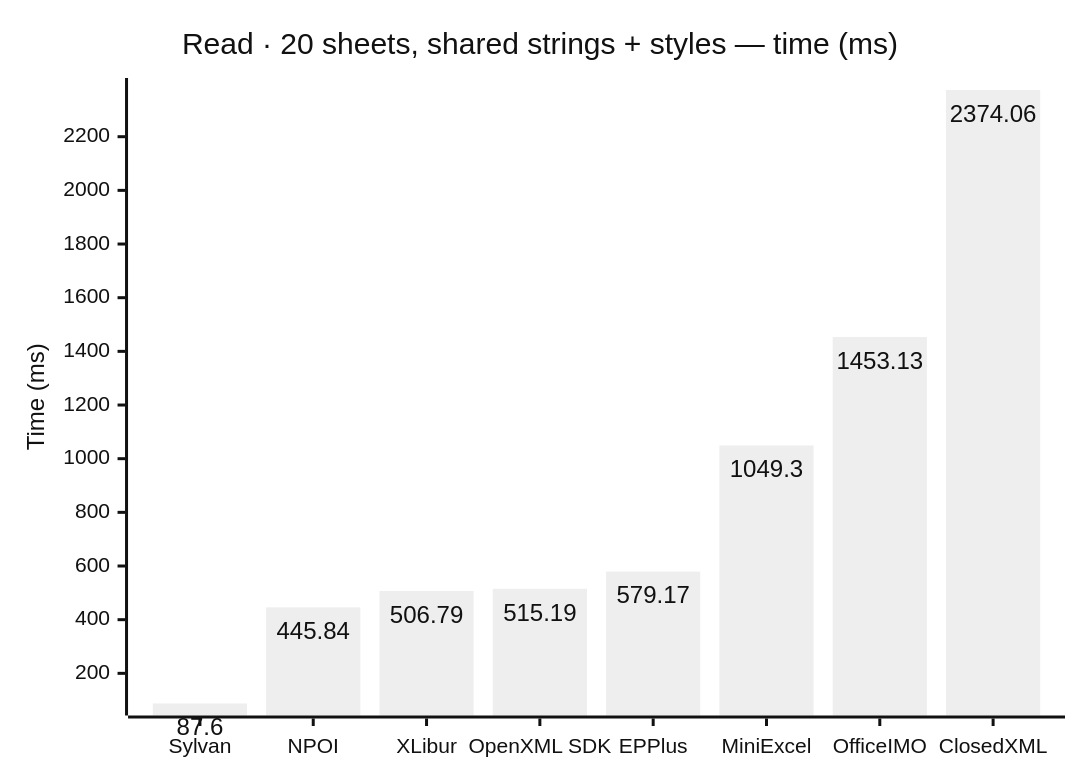
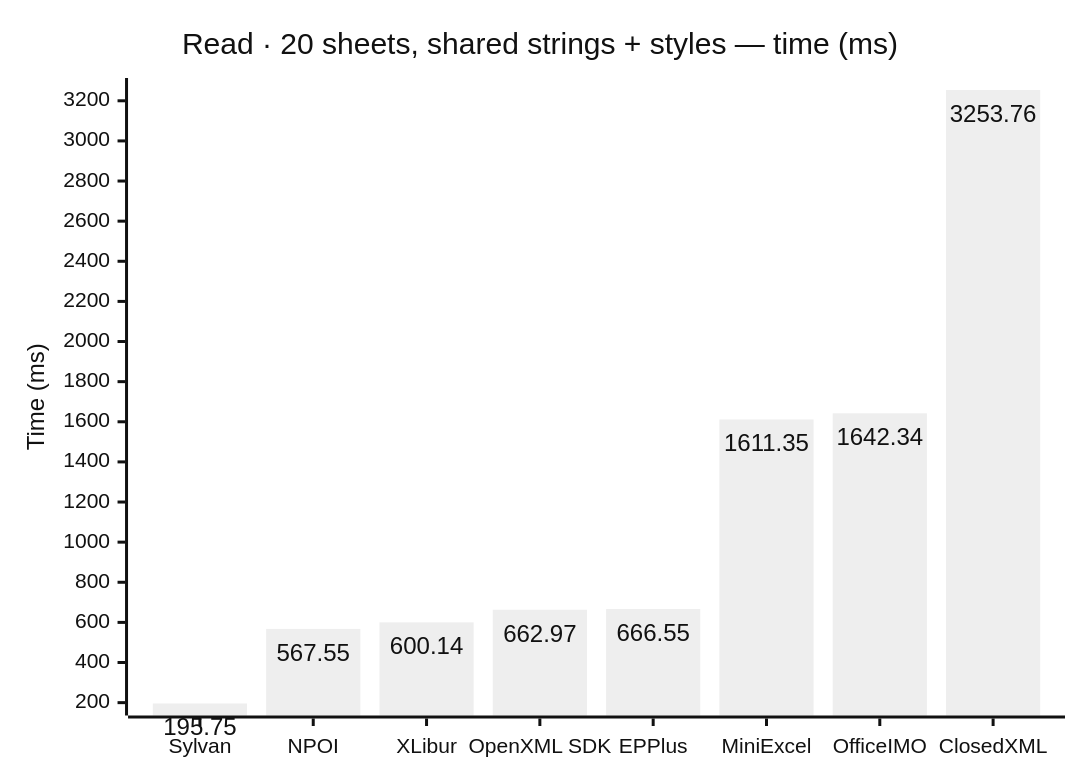
Before and after one commit to jafin/XLBench: the fifth of 18 diagrams in docs/results-ci.md, drawn with Mermaid (neutral theme). The commit also changed other lines of this file, not shown here.

````diff
--- a/docs/results-ci.md
+++ b/docs/results-ci.md
@@ -95,12 +95,12 @@
 ```mermaid
 ---
 config:
   xyChart:
     showDataLabel: true
 ---
 xychart-beta
     title "Read · 20 sheets, shared strings + styles — time (ms)"
     x-axis ["Sylvan", "NPOI", "XLibur", "OpenXML SDK", "EPPlus", "MiniExcel", "OfficeIMO", "ClosedXML"]
     y-axis "Time (ms)"
-    bar [87.6, 445.84, 506.79, 515.19, 579.17, 1049.3, 1453.13, 2374.06]
+    bar [195.75, 567.55, 600.14, 662.97, 666.55, 1611.35, 1642.34, 3253.76]
 ```
````
